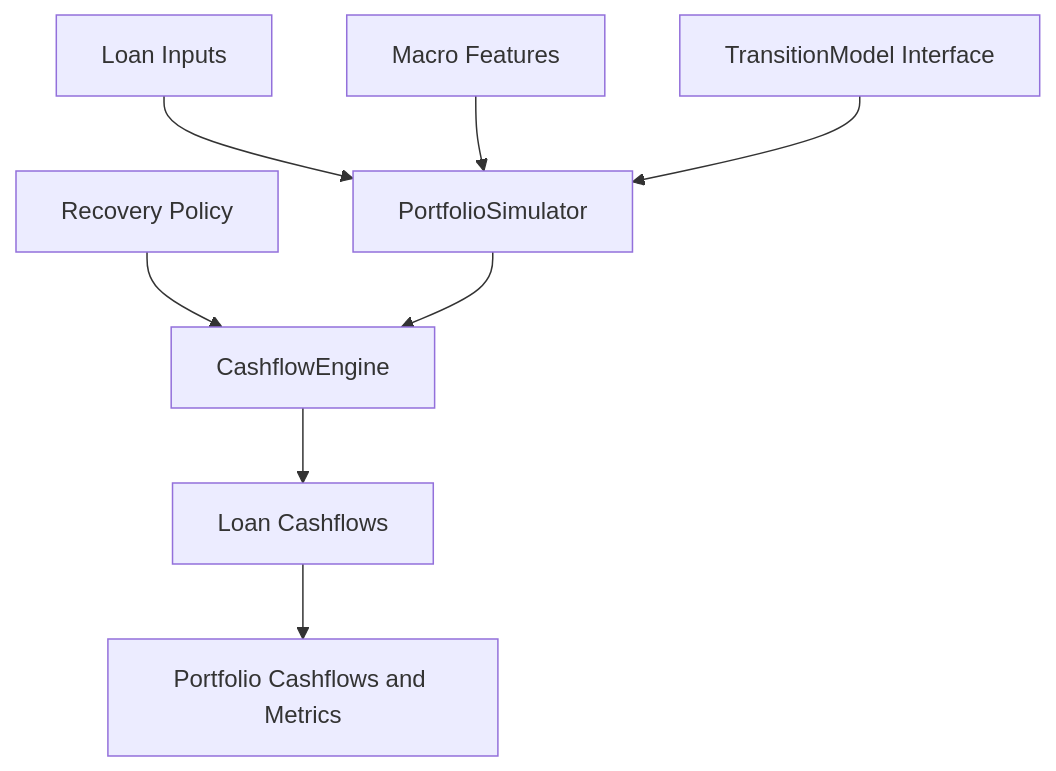
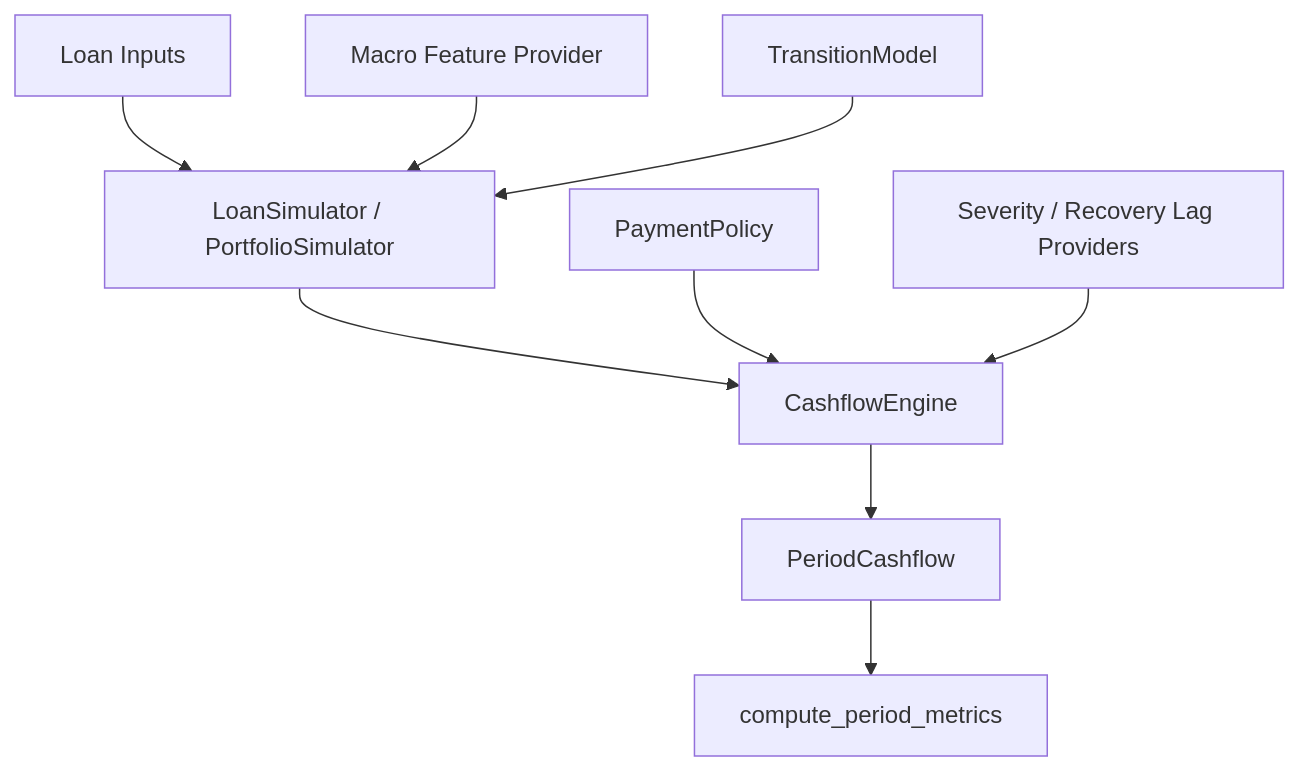
One commit to YimingZhang07/quantbullet changed the diagram in docs/loan_simulation_framework_plan.md. Above: the diagram before and after it, drawn with Mermaid. The commit also changed other lines of this file and 6 other files, not shown here.

Commit message:
Refine loan simulation reporting inputs.

````diff
--- a/docs/loan_simulation_framework_plan.md
+++ b/docs/loan_simulation_framework_plan.md
@@ -33,10 +32,11 @@
 ```mermaid
 flowchart TD
-    loanInput["Loan Inputs"] --> simulator["PortfolioSimulator"]
-    macroInput["Macro Features"] --> simulator
-    transitionModel["TransitionModel Interface"] --> simulator
-    recoveryPolicy["Recovery Policy"] --> cashflowEngine["CashflowEngine"]
-    simulator --> cashflowEngine
-    cashflowEngine --> loanResults["Loan Cashflows"]
-    loanResults --> portfolioResults["Portfolio Cashflows and Metrics"]
+    loanInput["Loan Inputs"] --> simulator["LoanSimulator / PortfolioSimulator"]
+    macroInput["Macro Feature Provider"] --> simulator
+    transitionModel["TransitionModel"] --> simulator
+    simulator --> cashflowEngine["CashflowEngine"]
+    paymentPolicy["PaymentPolicy"] --> cashflowEngine
+    recoveryProviders["Severity / Recovery Lag Providers"] --> cashflowEngine
+    cashflowEngine --> cashflows["PeriodCashflow"]
+    cashflows --> metrics["compute_period_metrics"]
 ```
````
